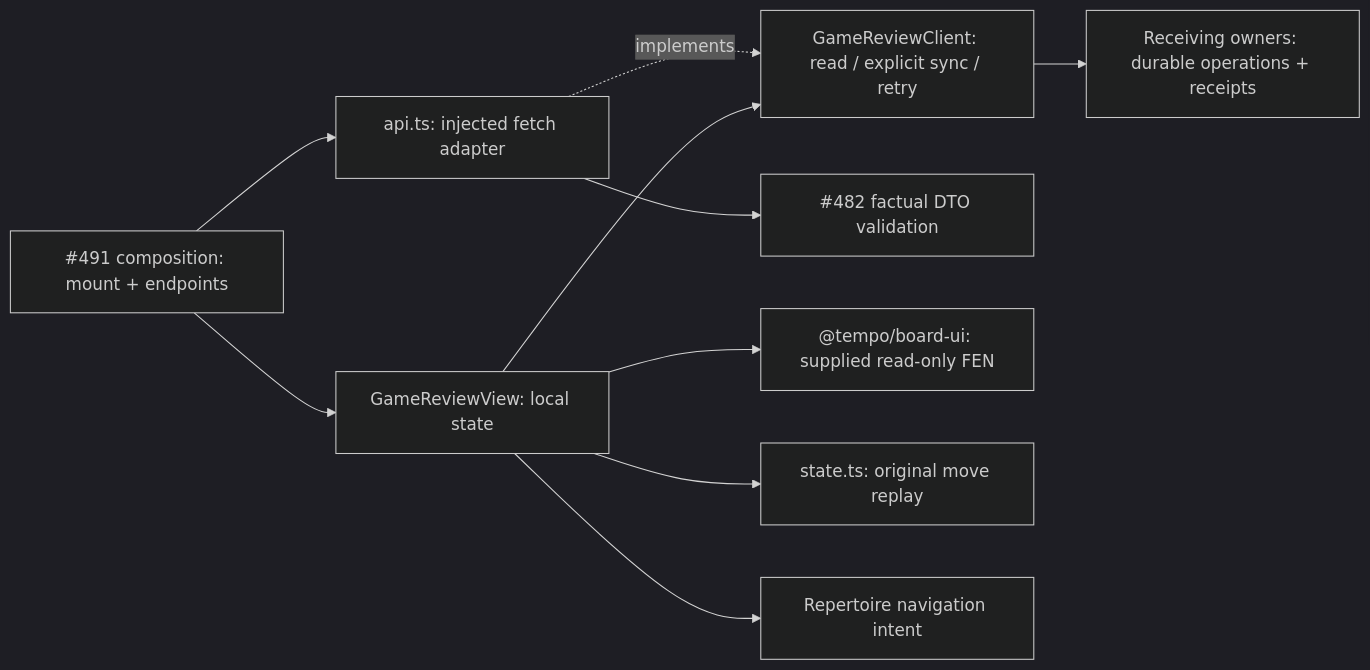
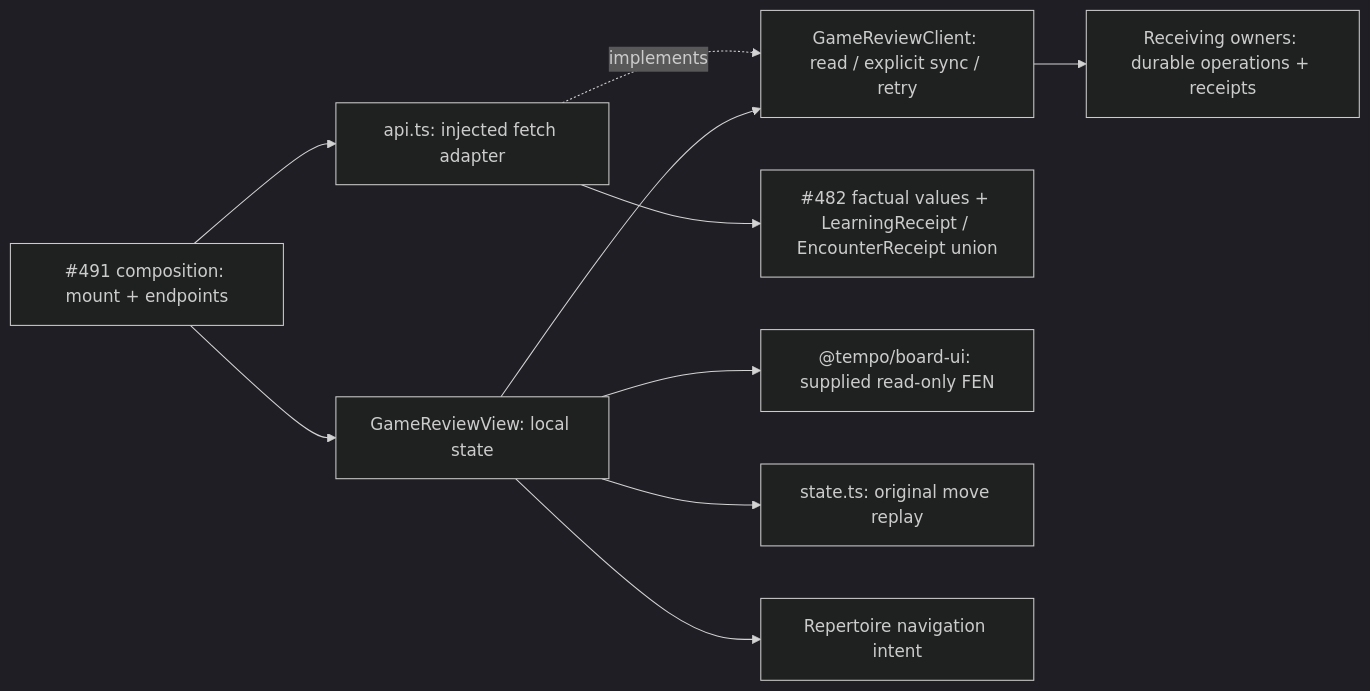
The diagram in app/features/game-review/README.md (aaweaver-actuary/tempo), drawn with Mermaid (dark theme) before and after one commit. The commit also changed other lines of this file and 4 other files, not shown here.

````diff
--- a/app/features/game-review/README.md
+++ b/app/features/game-review/README.md
@@ -38,12 +46,12 @@
 ```mermaid
 flowchart LR
   Composition["#491 composition: mount + endpoints"] --> View["GameReviewView: local state"]
   Composition --> HTTP["api.ts: injected fetch adapter"]
   View --> Port["GameReviewClient: read / explicit sync / retry"]
   HTTP -. implements .-> Port
-  HTTP --> DTO["#482 factual DTO validation"]
+  HTTP --> DTO["#482 factual values + LearningReceipt / EncounterReceipt union"]
   View --> Board["@tempo/board-ui: supplied read-only FEN"]
   View --> Replay["state.ts: original move replay"]
   View --> Intent["Repertoire navigation intent"]
   Port --> Owners["Receiving owners: durable operations + receipts"]
 ```
````
